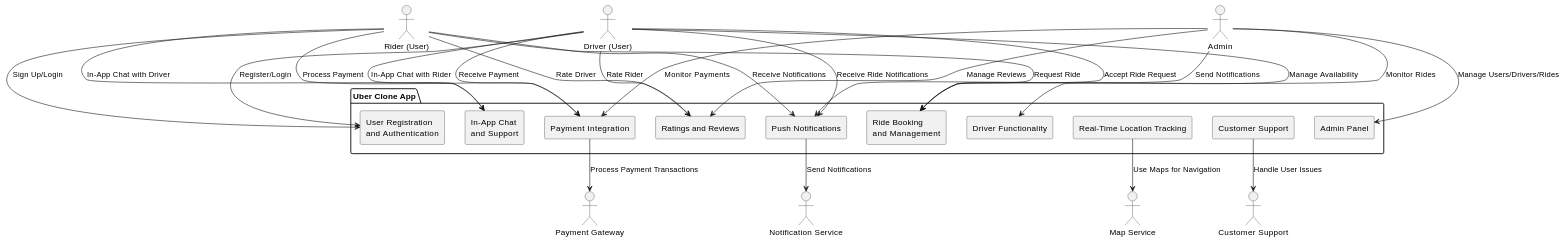
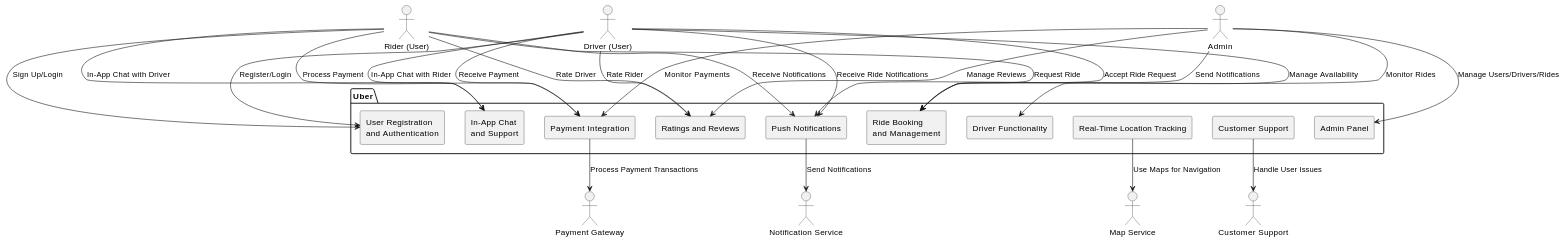
One commit to IIITLucknowSWEngg/CSAICSBTeam002 changed the first of 8 diagrams in Plantumlcodes.md. Above: the diagram before and after it, drawn with PlantUML. The commit also changed other lines of this file, not shown here.

````diff
--- a/Plantumlcodes.md
+++ b/Plantumlcodes.md
@@ -3,58 +3,58 @@
 ```plantuml
 @startuml
 
 ' External Actors
 actor "Rider (User)" as Rider
 actor "Driver (User)" as Driver
 actor "Admin" as Admin
 actor "Payment Gateway" as PaymentGateway
 actor "Map Service" as MapService
 actor "Notification Service" as NotificationService
 actor "Customer Support" as CustomerSupport
 
-' System Boundary: Uber Clone App
-package "Uber Clone App" {
+' System Boundary: Uber
+package "Uber" {
 
     ' Subsystems
     rectangle "User Registration \nand Authentication" as Registration
     rectangle "Ride Booking \nand Management" as RideBooking
     rectangle "Driver Functionality" as DriverFunctionality
     rectangle "Payment Integration" as Payment
     rectangle "Ratings and Reviews" as Ratings
     rectangle "Admin Panel" as AdminPanel
     rectangle "Push Notifications" as PushNotifications
     rectangle "In-App Chat \nand Support" as ChatSupport
     rectangle "Real-Time Location Tracking" as Tracking
     rectangle "Customer Support" as Support
 }
 
 ' Relationships between actors and system components
 Rider --> Registration : Sign Up/Login
 Rider --> RideBooking : Request Ride
 Rider --> Payment : Process Payment
 Rider --> Ratings : Rate Driver
 Rider --> PushNotifications : Receive Notifications
 Rider --> ChatSupport : In-App Chat with Driver
 
 Driver --> Registration : Register/Login
 Driver --> RideBooking : Accept Ride Request
 Driver --> DriverFunctionality : Manage Availability
 Driver --> Payment : Receive Payment
 Driver --> Ratings : Rate Rider
 Driver --> PushNotifications : Receive Ride Notifications
 Driver --> ChatSupport : In-App Chat with Rider
 
 Admin --> AdminPanel : Manage Users/Drivers/Rides
 Admin --> RideBooking : Monitor Rides
 Admin --> Payment : Monitor Payments
 Admin --> PushNotifications : Send Notifications
 Admin --> Ratings : Manage Reviews
 
 ' External Interactions
 Payment --> PaymentGateway : Process Payment Transactions
 Tracking --> MapService : Use Maps for Navigation
 PushNotifications --> NotificationService : Send Notifications
 Support --> CustomerSupport : Handle User Issues
 
 @enduml
 ```
````
